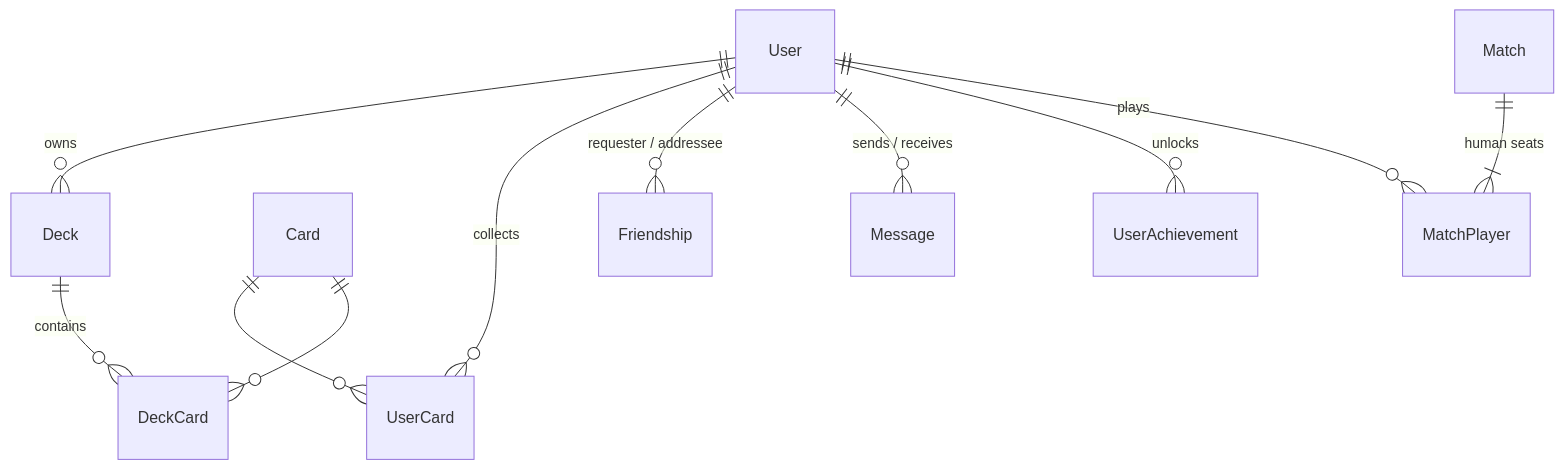
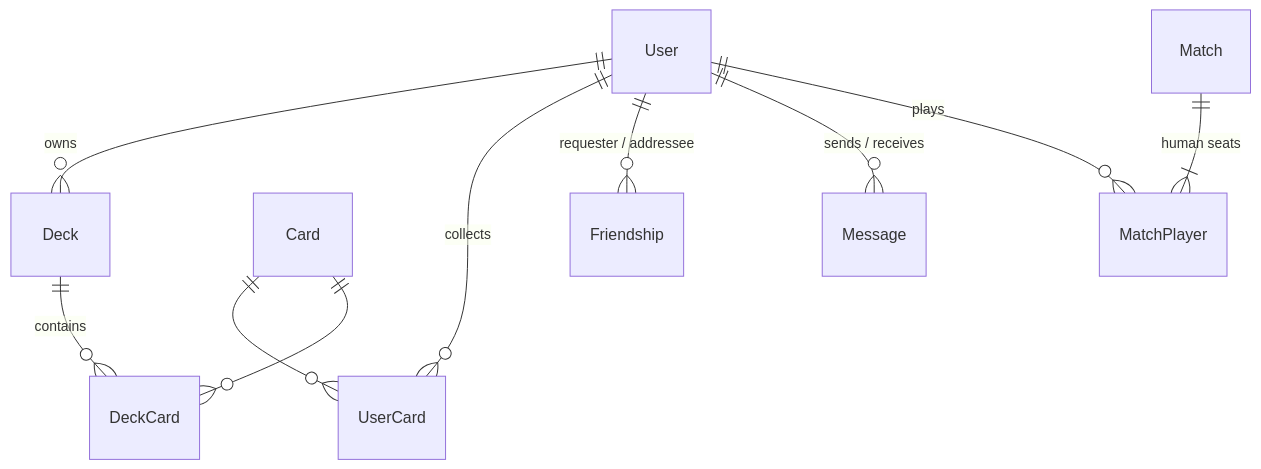
One commit to Briouche/ft_trancendence changed the diagram in README.md. Above: the diagram before and after it, drawn with Mermaid. The commit also changed other lines of this file and 24 other files, not shown here.

````diff
--- a/README.md
+++ b/README.md
@@ -156,13 +157,12 @@
 ```mermaid
 erDiagram
     User ||--o{ Deck : owns
     User ||--o{ UserCard : collects
     Card ||--o{ UserCard : ""
     Deck ||--o{ DeckCard : contains
     Card ||--o{ DeckCard : ""
     User ||--o{ Friendship : "requester / addressee"
     User ||--o{ Message : "sends / receives"
-    User ||--o{ UserAchievement : unlocks
     User ||--o{ MatchPlayer : plays
     Match ||--|{ MatchPlayer : "human seats"
 ```
````
